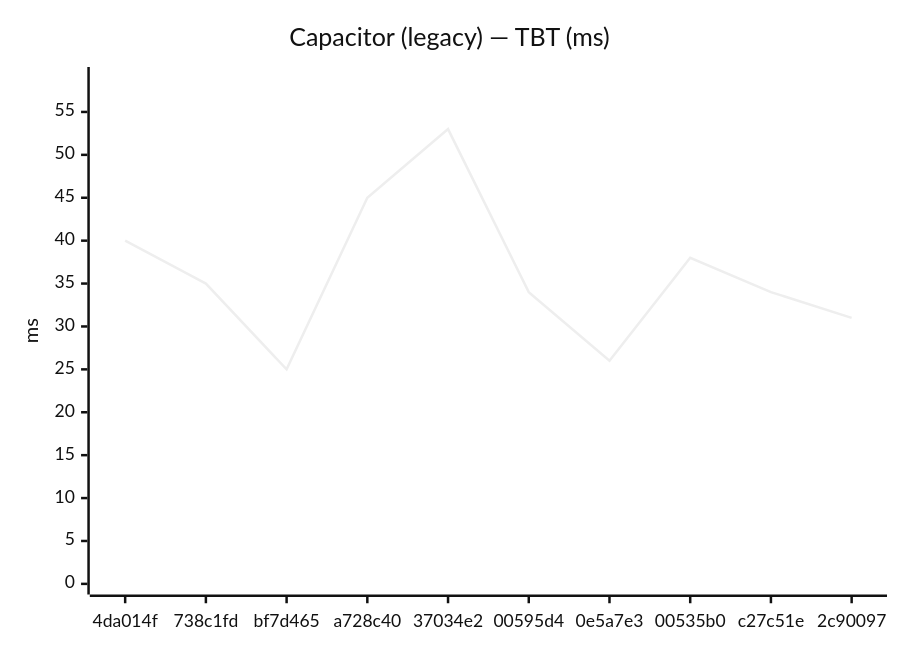
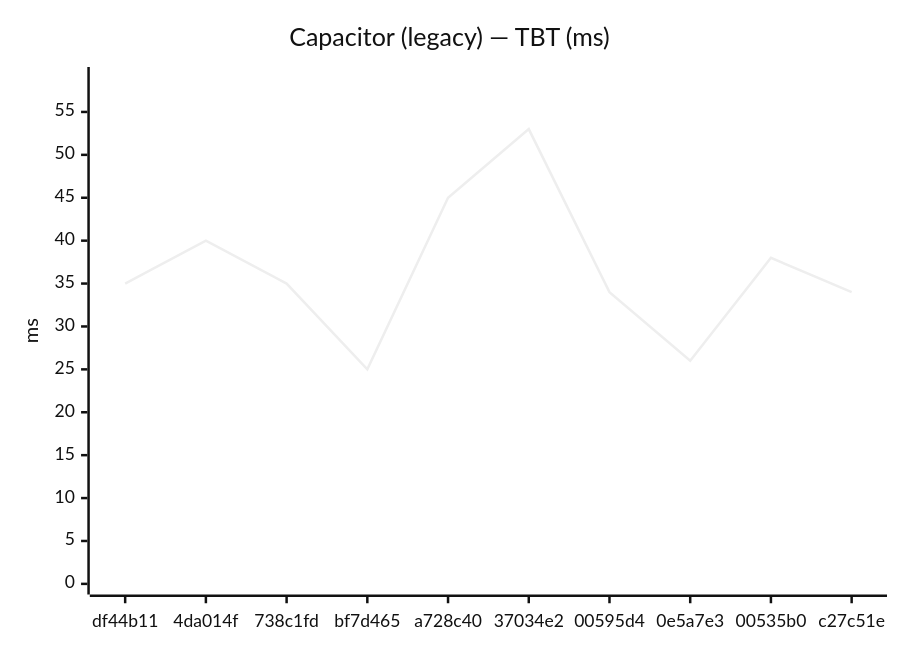
The sixth of 24 diagrams in benchmarks/compare.md (Metaheurist/Rianell), drawn with Mermaid (neutral theme) before and after one commit. The commit also changed other lines of this file and 12 other files, not shown here.

````diff
--- a/benchmarks/compare.md
+++ b/benchmarks/compare.md
@@ -91,7 +91,7 @@
 ```mermaid
 xychart-beta
     title "Capacitor (legacy) — TBT (ms)"
-    x-axis ["4da014f", "738c1fd", "bf7d465", "a728c40", "37034e2", "00595d4", "0e5a7e3", "00535b0", "c27c51e", "2c90097"]
+    x-axis ["df44b11", "4da014f", "738c1fd", "bf7d465", "a728c40", "37034e2", "00595d4", "0e5a7e3", "00535b0", "c27c51e"]
     y-axis "ms" 0 --> 59
-    line [40, 35, 25, 45, 53, 34, 26, 38, 34, 31]
+    line [35, 40, 35, 25, 45, 53, 34, 26, 38, 34]
 ```
````
